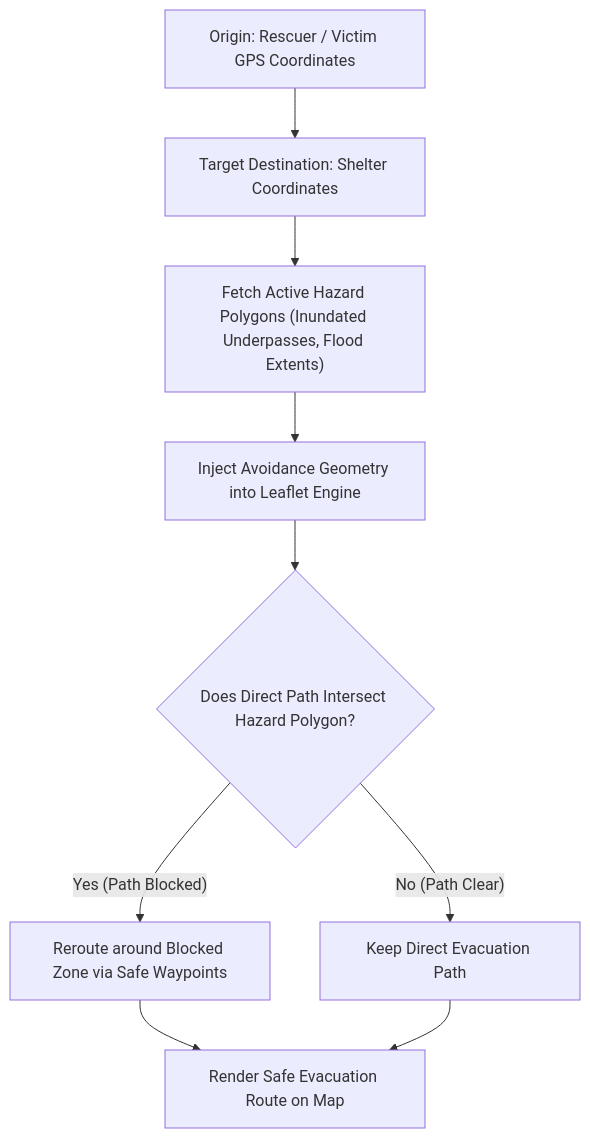
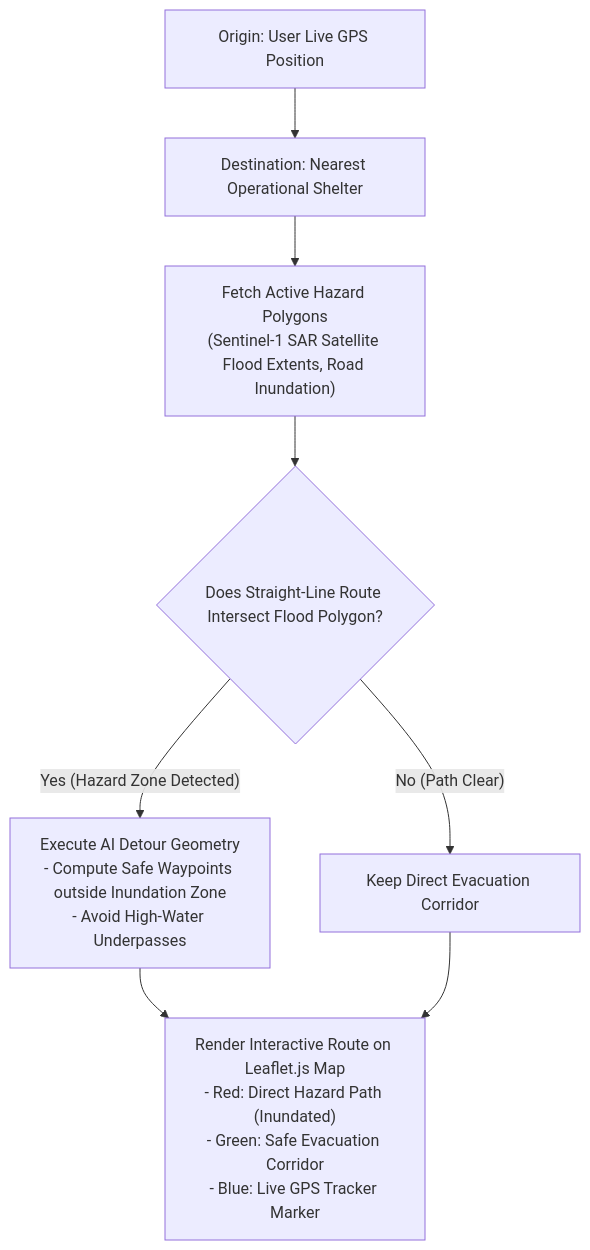
The fourth of 7 diagrams in README.md (MrinallSamal-byte/SIH), drawn with Mermaid before and after one commit. The commit also changed other lines of this file, not shown here.

Commit message:
docs: update README.md with comprehensive feature matrix and accurate system flow diagrams

````diff
--- a/README.md
+++ b/README.md
@@ -143,11 +164,12 @@
 ```mermaid
 flowchart TD
-    Origin["Origin: Rescuer / Victim GPS Coordinates"] --> Target["Target Destination: Shelter Coordinates"]
-    Target --> Hazards["Fetch Active Hazard Polygons (Inundated Underpasses, Flood Extents)"]
-    Hazards --> InjectGIS["Inject Avoidance Geometry into Leaflet Engine"]
-    InjectGIS --> RouteCheck{"Does Direct Path Intersect Hazard Polygon?"}
-    RouteCheck -- "Yes (Path Blocked)" --> Reroute["Reroute around Blocked Zone via Safe Waypoints"]
-    RouteCheck -- "No (Path Clear)" --> Direct["Keep Direct Evacuation Path"]
-    Reroute --> Render["Render Safe Evacuation Route on Map"]
-    Direct --> Render
+    Start["Origin: User Live GPS Position"] --> Goal["Destination: Nearest Operational Shelter"]
+    Goal --> FetchSAR["Fetch Active Hazard Polygons\n(Sentinel-1 SAR Satellite Flood Extents, Road Inundation)"]
+    FetchSAR --> IntersectCheck{"Does Straight-Line Route Intersect Flood Polygon?"}
+    
+    IntersectCheck -- "Yes (Hazard Zone Detected)" --> DetourEngine["Execute AI Detour Geometry\n- Compute Safe Waypoints outside Inundation Zone\n- Avoid High-Water Underpasses"]
+    IntersectCheck -- "No (Path Clear)" --> DirectRoute["Keep Direct Evacuation Corridor"]
+
+    DetourEngine --> LeafletRender["Render Interactive Route on Leaflet.js Map\n- Red: Direct Hazard Path (Inundated)\n- Green: Safe Evacuation Corridor\n- Blue: Live GPS Tracker Marker"]
+    DirectRoute --> LeafletRender
 ```
````
